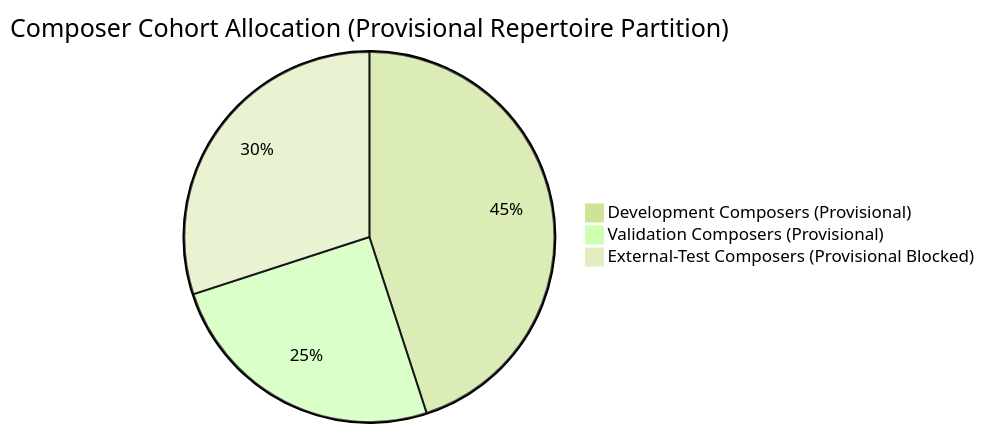
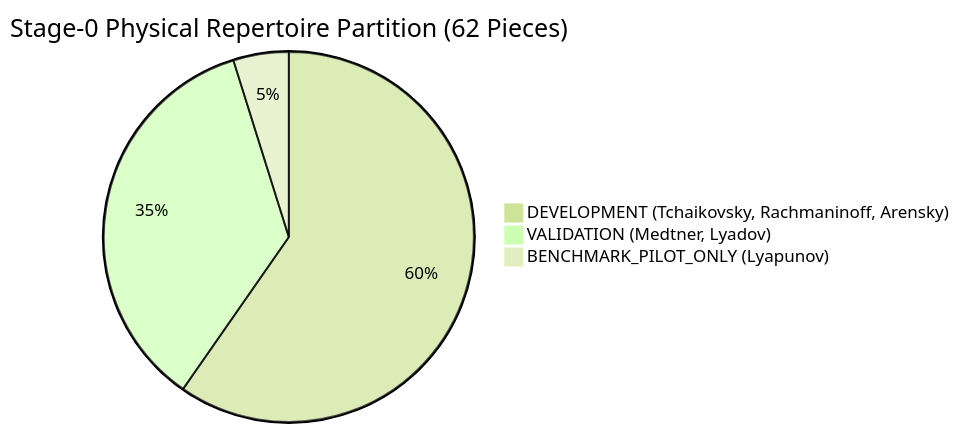
The second of 2 diagrams in docs/research/PF001_GENERALIZATION_AND_SPLIT_POLICY.md (team-muel/Russian-Piano-Composer), drawn with Mermaid (forest theme) before and after one commit. The commit also changed other lines of this file and 4 other files, not shown here.

````diff
--- a/docs/research/PF001_GENERALIZATION_AND_SPLIT_POLICY.md
+++ b/docs/research/PF001_GENERALIZATION_AND_SPLIT_POLICY.md
@@ -50,6 +50,6 @@
 ```mermaid
-pie title Composer Cohort Allocation (Provisional Repertoire Partition)
-    "Development Composers (Provisional)" : 45
-    "Validation Composers (Provisional)" : 25
-    "External-Test Composers (Provisional Blocked)" : 30
+pie title Stage-0 Physical Repertoire Partition (62 Pieces)
+    "DEVELOPMENT (Tchaikovsky, Rachmaninoff, Arensky)" : 37
+    "VALIDATION (Medtner, Lyadov)" : 22
+    "BENCHMARK_PILOT_ONLY (Lyapunov)" : 3
 ```
````
